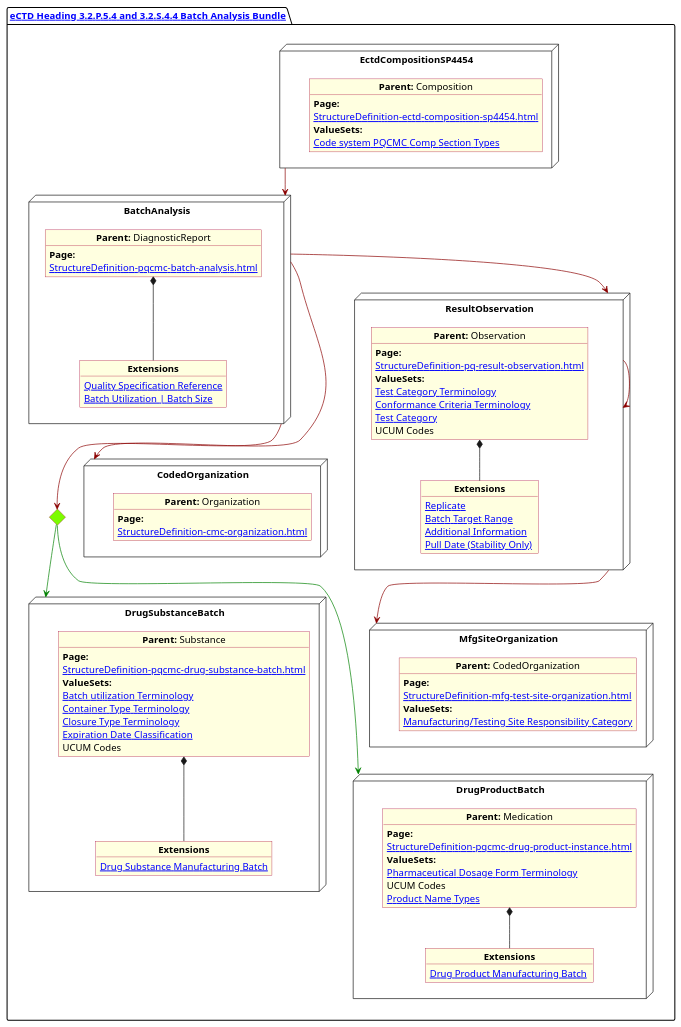
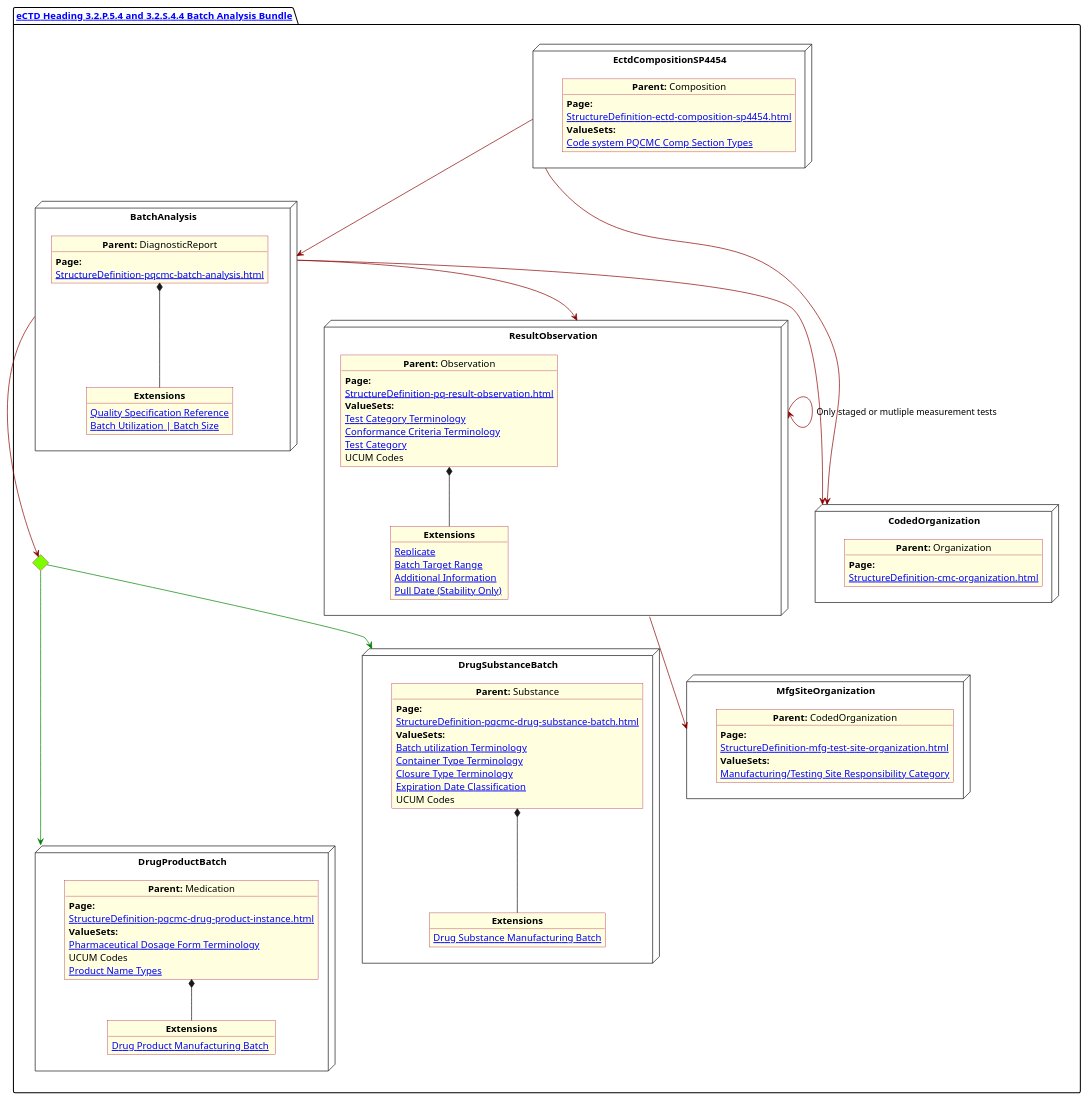
The diagram in input/images-source/BatchAnalysis.plantuml (HL7/FHIR-us-pq-cmc-fda), drawn with PlantUML before and after one commit.

Commit message:
Additional annotation to batch anlaysis daigram

```diff
--- a/input/images-source/BatchAnalysis.plantuml
+++ b/input/images-source/BatchAnalysis.plantuml
@@ -1,127 +1,127 @@
 @startuml BatchAnalysis
 allowmixing
 'Mixed model of use case and object
 skinparam svgDimensionStyle false
 skinparam ObjectBackgroundColor LightYellow
 skinparam ObjectBorderColor #A80036
 skinparam activityDiamondBorderColor #A80036
 skinparam activityDiamondBackgroundColor lawnGreen
 skinparam ClassBorderThickness 4
 
 
 package "[[StructureDefinition-cmc-ectd-document-sp4454.html eCTD Heading 3.2.P.5.4 and 3.2.S.4.4 Batch Analysis Bundle]]" as NODES {
 
   node "EctdCompositionSP4454" as N1 {
     object "**Parent:** Composition" as obj1 {
       **Page:**
       [[StructureDefinition-ectd-composition-sp4454.html]]
 
       **ValueSets:**
       [[ValueSet-cmc-comp-section-types-vs.html Code system PQCMC Comp Section Types]]
     }
   }
 
   node "BatchAnalysis" as  BatchAnalysis {
     object "**Parent:** DiagnosticReport" as obj2 {
       **Page:**
       [[StructureDefinition-pqcmc-batch-analysis.html]]
     }
     object "**Extensions**" as  obj2Ex {
       [[StructureDefinition-pq-quality-specification-extension.html Quality Specification Reference]]
       [[StructureDefinition-drug-product-manufacturing-batch.html Batch Utilization | Batch Size ]]
     }
     obj2 *-- obj2Ex
   }
 
   node "CodedOrganization" as CodedOrganization {
 
     object "**Parent:** Organization" as objAu {
       **Page:**
       [[StructureDefinition-cmc-organization.html]]
     }
   }
 
   node "DrugProductBatch" as DrugProductBatch {
     object "**Parent:** Medication" as obj3 {
       **Page:**
       [[StructureDefinition-pqcmc-drug-product-instance.html]]
 
       **ValueSets:**
       [[ValueSet-spl-pharmaceutical-dosage-form-terminology.html Pharmaceutical Dosage Form Terminology]]
       UCUM Codes
       [[ValueSet-cmc-product-name-types-vs.html Product Name Types]]
     }
 
     object "**Extensions**" as  objExsBatch {
 
       [[StructureDefinition-drug-product-manufacturing-batch.html Drug Product Manufacturing Batch ]]
     }
     obj3 *-- objExsBatch
   }
 
 
   node "DrugSubstanceBatch" as DrugSubstanceBatch {
 
     object "**Parent:** Substance" as obj4 {
       **Page:**
       [[StructureDefinition-pqcmc-drug-substance-batch.html]]
 
       **ValueSets:**
       [[ValueSet-pqcmc-batch-utilization-terminology.html Batch utilization Terminology]]
       [[ValueSet-pqcmc-container-type-terminology.html Container Type Terminology]]
       [[ValueSet-pqcmc-closure-type-terminology.html Closure Type Terminology]]
       [[ValueSet-pqcmc-expiration-date-classification-terminology.html Expiration Date Classification]]
       UCUM Codes
     }
     object "**Extensions**" as objXDs {
 
       [[StructureDefinition-drug-substance-manufacturing-batch.html Drug Substance Manufacturing Batch]]
     }
     obj4 *-- objXDs
   }
 
   node "MfgSiteOrganization" as  MfgSiteOrganization {
     object "**Parent:** CodedOrganization" as obj5 {
       **Page:**
       [[StructureDefinition-mfg-test-site-organization.html]]
 
       **ValueSets:**
       [[ValueSet-pqcmc-mfg-testing-site-terminology.html Manufacturing/Testing Site Responsibility Category]]
     }
   }
 
   node "ResultObservation" as ResultObservation  {
 
     object "**Parent:** Observation" as obj6 {
       **Page:**
       [[StructureDefinition-pq-result-observation.html]]
 
       **ValueSets:**
       [[ValueSet-pqcmc-test-category-terminology.html Test Category Terminology]]
       [[ValueSet-pqcmc-conformance-to-criteria-terminology.html Conformance Criteria Terminology]]
       [[ValueSet-pqcmc-test-category-terminology.html Test Category]]
       UCUM Codes
     }
 
     object "**Extensions**" as objXObs {
       [[StructureDefinition-pq-replicate-extension.html Replicate]]
       [[StructureDefinition-pq-batch-range.html Batch Target Range]]
       [[StructureDefinition-pq-additional-info-extension.html Additional Information]]
       [[StructureDefinition-pq-pullDate-extension.html Pull Date (Stability Only) ]]
     }
     obj6 *-- objXObs
   }
 
   diamond CH
 
-
   BatchAnalysis -[#darkred]--> CodedOrganization
   BatchAnalysis -[#darkred]-> ResultObservation
   BatchAnalysis -[#darkred]--> CH
   CH -[#green]--> DrugProductBatch
   CH -[#green]-> DrugSubstanceBatch
   ResultObservation -[#darkred]--> MfgSiteOrganization
-  ResultObservation -[#darkred]-> ResultObservation
+  ResultObservation -[#darkred]-> ResultObservation : Only staged or mutliple measurement tests
   N1 -[#darkred]-> BatchAnalysis
+  N1 -[#darkred]-> CodedOrganization
 }
 @enduml
```
